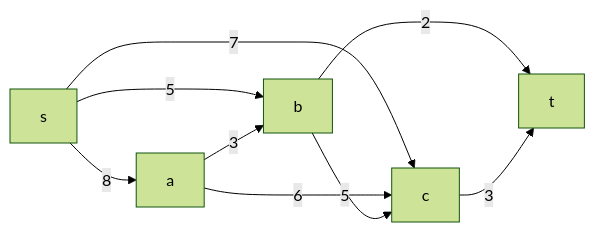
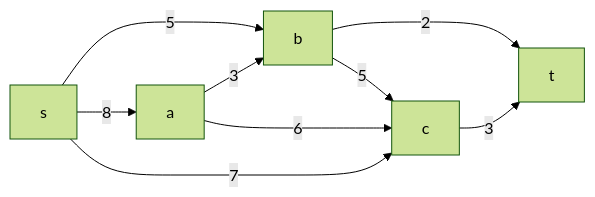
The first of 8 diagrams in task_14/Mongolian_tomatoes_task_14.md (HSE-algo-23-crow/manual_tasks), drawn with Mermaid (forest theme) before and after one commit. The commit also changed other lines of this file, not shown here.

````diff
--- a/task_14/Mongolian_tomatoes_task_14.md
+++ b/task_14/Mongolian_tomatoes_task_14.md
@@ -13,11 +13,12 @@
 ```mermaid
 graph LR
+    s-->|5|b
+    b-->|2|t
+    a-->|3|b
     s-->|8|a
-    s-->|7|c
-    s-->|5|b
-    a-->|3|b
     a-->|6|c
     b-->|5|c
-    b-->|2|t
     c-->|3|t
+    s-->|7|c
+
 ```
````
